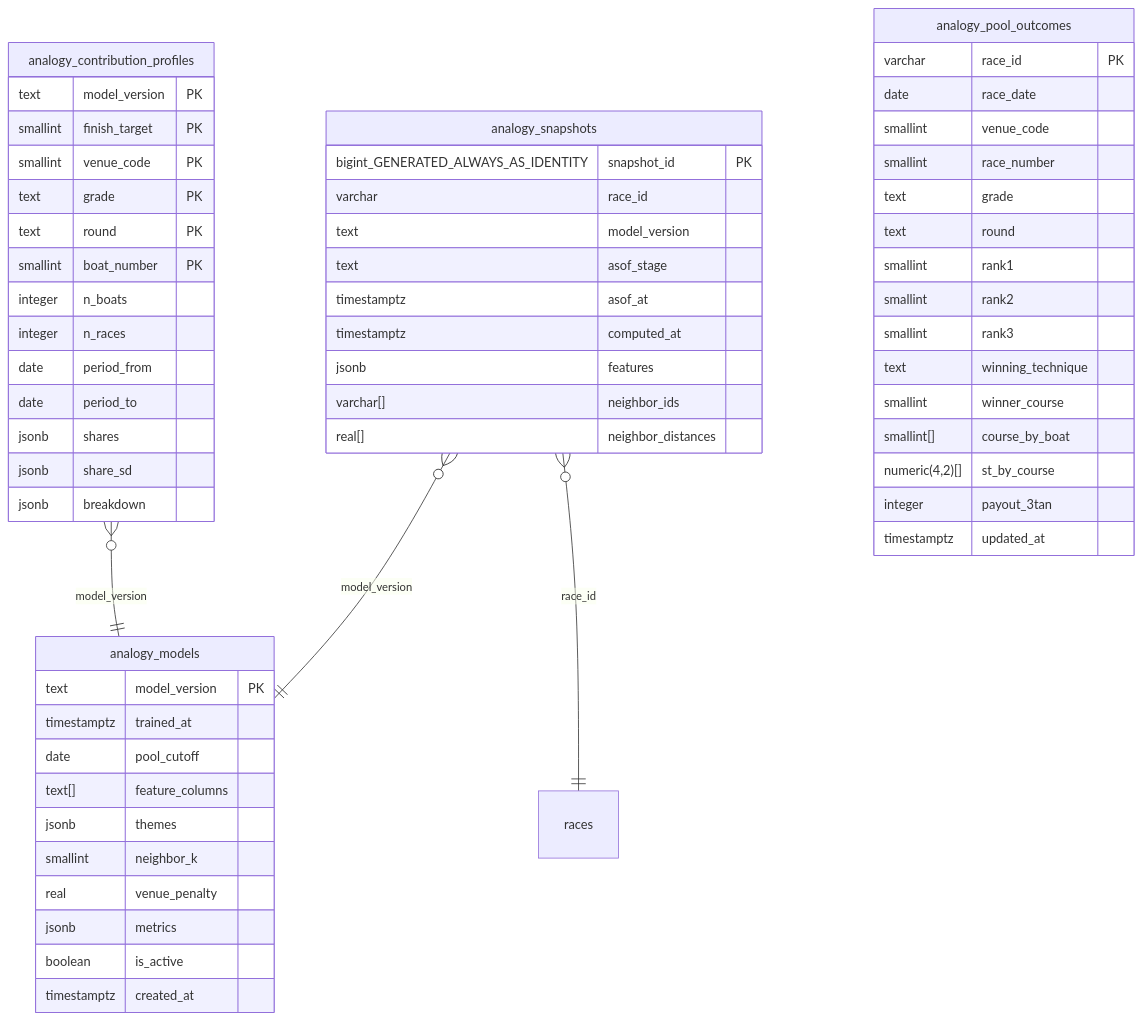
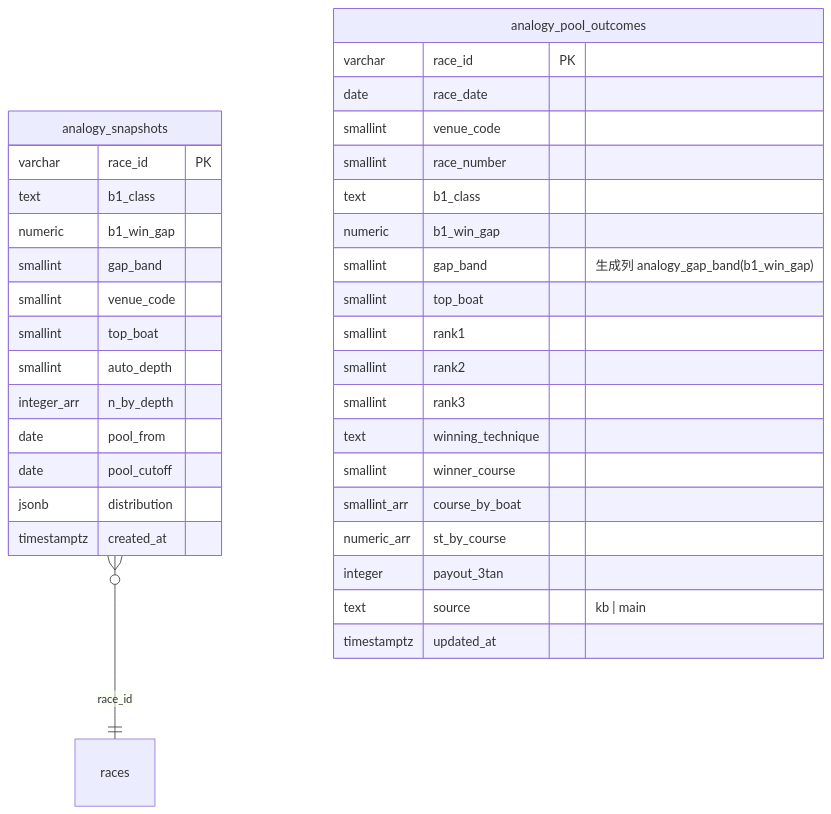
Before and after one commit to rhapsody0919/boatrace-ai-predictor: the second of 3 diagrams in docs/design/analogy-finder/plan.md, drawn with Mermaid. The commit also changed other lines of this file and 2 other files, not shown here.

````diff
--- a/docs/design/analogy-finder/plan.md
+++ b/docs/design/analogy-finder/plan.md
@@ -44,61 +41,38 @@
 ```mermaid
 erDiagram
-    analogy_contribution_profiles }o--|| analogy_models : "model_version"
     analogy_snapshots }o--|| races : "race_id"
-    analogy_snapshots }o--|| analogy_models : "model_version"
-    analogy_models {
-        text model_version PK
-        timestamptz trained_at
-        date pool_cutoff
-        text[] feature_columns
-        jsonb themes
-        smallint neighbor_k
-        real venue_penalty
-        jsonb metrics
-        boolean is_active
-        timestamptz created_at
-    }
-    analogy_contribution_profiles {
-        text model_version PK
-        smallint finish_target PK
-        smallint venue_code PK
-        text grade PK
-        text round PK
-        smallint boat_number PK
-        integer n_boats
-        integer n_races
-        date period_from
-        date period_to
-        jsonb shares
-        jsonb share_sd
-        jsonb breakdown
-    }
     analogy_pool_outcomes {
         varchar race_id PK
         date race_date
         smallint venue_code
         smallint race_number
-        text grade
-        text round
+        text b1_class
+        numeric b1_win_gap
+        smallint gap_band "生成列 analogy_gap_band(b1_win_gap)"
+        smallint top_boat
         smallint rank1
         smallint rank2
         smallint rank3
         text winning_technique
         smallint winner_course
-        smallint[] course_by_boat
-        numeric(4,2)[] st_by_course
+        smallint_arr course_by_boat
+        numeric_arr st_by_course
         integer payout_3tan
+        text source "kb | main"
         timestamptz updated_at
     }
     analogy_snapshots {
-        bigint_GENERATED_ALWAYS_AS_IDENTITY snapshot_id PK
-        varchar race_id
-        text model_version
-        text asof_stage
-        timestamptz asof_at
-        timestamptz computed_at
-        jsonb features
-        varchar[] neighbor_ids
-        real[] neighbor_distances
+        varchar race_id PK
+        text b1_class
+        numeric b1_win_gap
+        smallint gap_band
+        smallint venue_code
+        smallint top_boat
+        smallint auto_depth
+        integer_arr n_by_depth
+        date pool_from
+        date pool_cutoff
+        jsonb distribution
+        timestamptz created_at
     }
 ```
````
